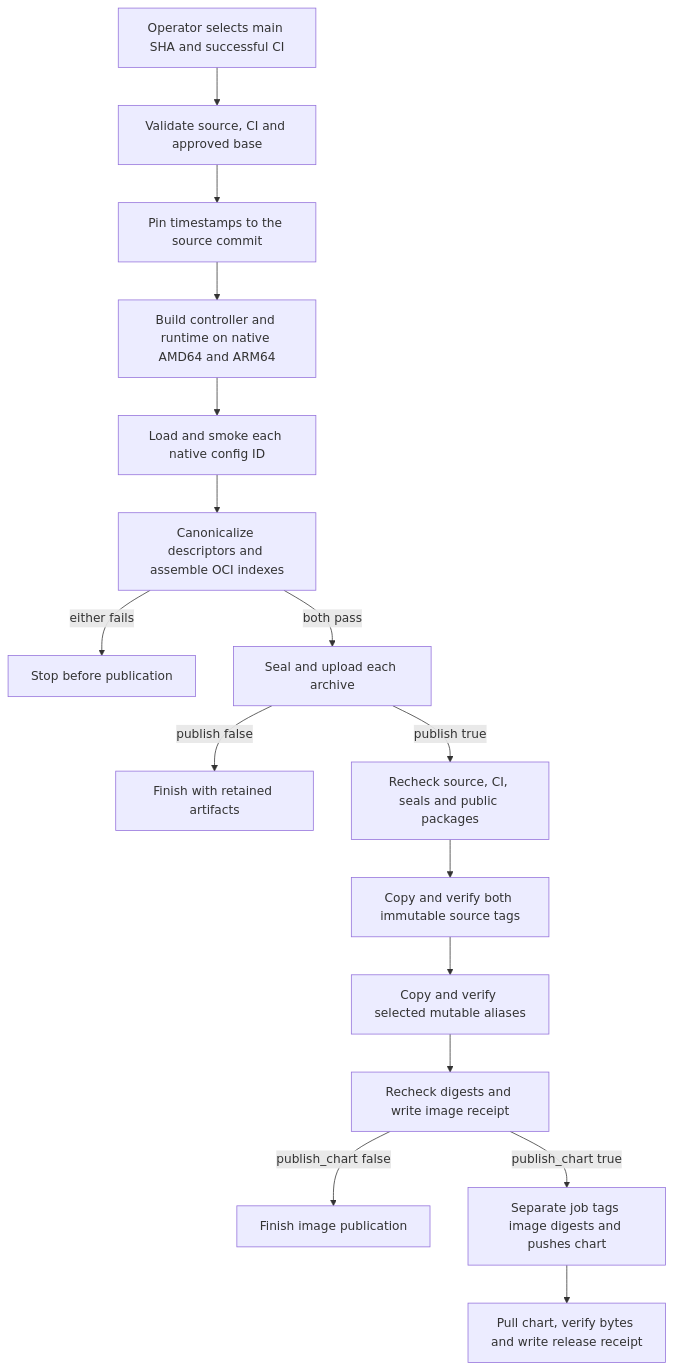
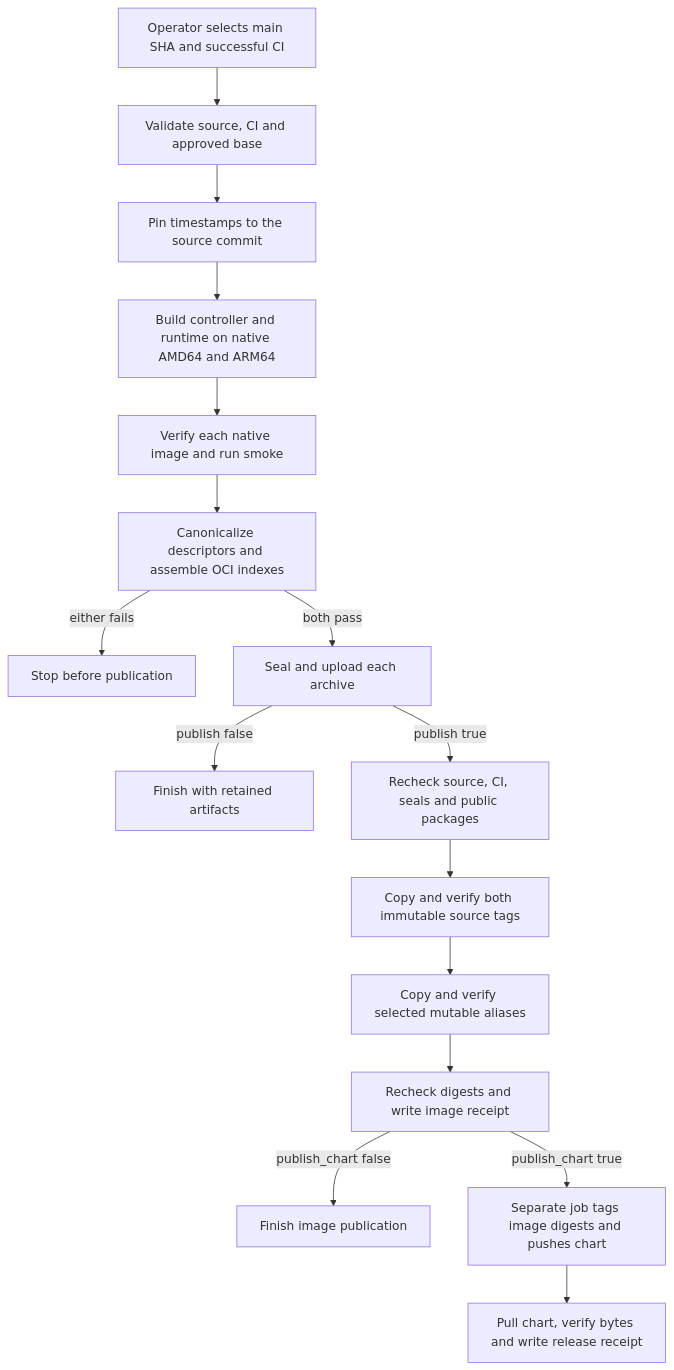
Before and after one commit to openclaw/openclaw-enterprise: the diagram in docs/flows/container-publication.md, drawn with Mermaid. The commit also changed other lines of this file and 2 other files, not shown here.

Commit message:
fix: verify native smoke image identity with containerd

````diff
--- a/docs/flows/container-publication.md
+++ b/docs/flows/container-publication.md
@@ -32,18 +32,18 @@
 ```mermaid
 graph TD
   A["Operator selects main SHA and successful CI"] --> B["Validate source, CI and approved base"]
   B --> C["Pin timestamps to the source commit"]
   C --> D["Build controller and runtime on native AMD64 and ARM64"]
-  D --> E["Load and smoke each native config ID"]
+  D --> E["Verify each native image and run smoke"]
   E --> H["Canonicalize descriptors and assemble OCI indexes"]
   H -->|either fails| X["Stop before publication"]
   H -->|both pass| F["Seal and upload each archive"]
   F -->|publish false| G["Finish with retained artifacts"]
   F -->|publish true| I["Recheck source, CI, seals and public packages"]
   I --> J["Copy and verify both immutable source tags"]
   J --> K["Copy and verify selected mutable aliases"]
   K --> L["Recheck digests and write image receipt"]
   L -->|publish_chart false| O["Finish image publication"]
   L -->|publish_chart true| M["Separate job tags image digests and pushes chart"]
   M --> N["Pull chart, verify bytes and write release receipt"]
 ```
````
